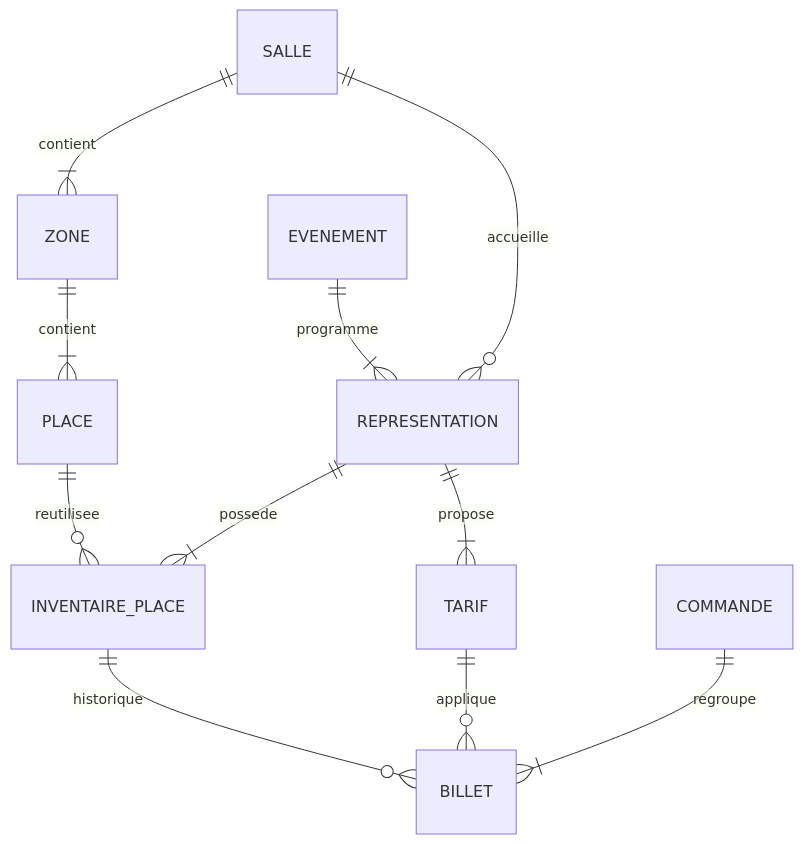
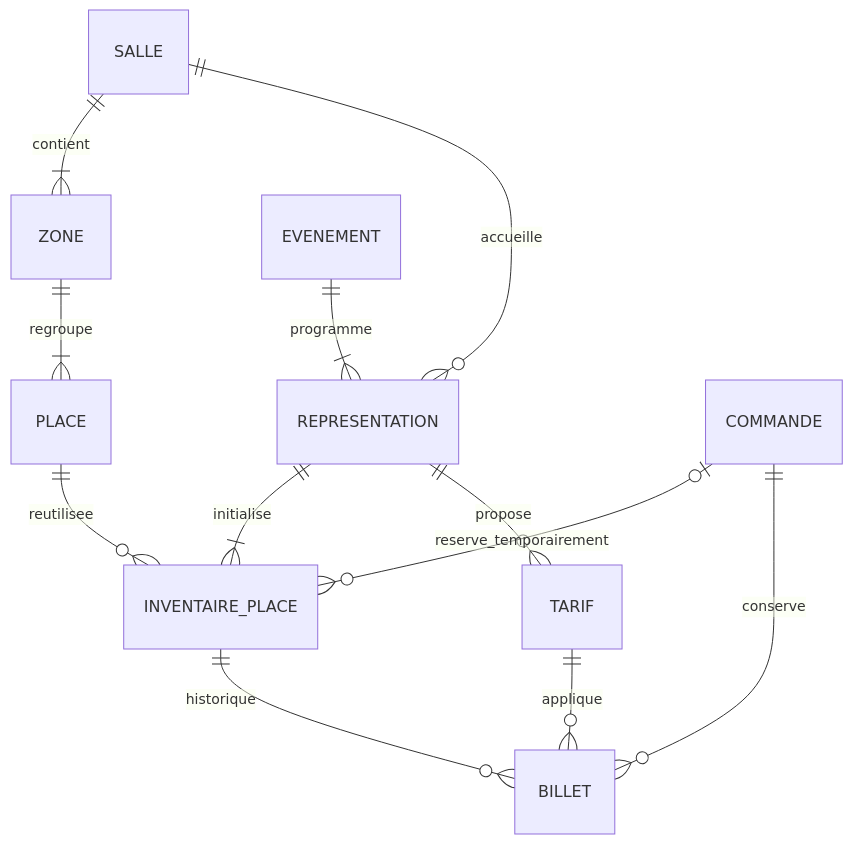
Before and after one commit to abdelhak-kadir/Billetterie-Platform: the diagram in docs/MODELE.md, drawn with Mermaid. The commit also changed other lines of this file and 1 other file, not shown here.

````diff
--- a/docs/MODELE.md
+++ b/docs/MODELE.md
@@ -5,13 +71,14 @@
 ```mermaid
 erDiagram
     SALLE ||--|{ ZONE : contient
-    ZONE ||--|{ PLACE : contient
+    ZONE ||--|{ PLACE : regroupe
     SALLE ||--o{ REPRESENTATION : accueille
     EVENEMENT ||--|{ REPRESENTATION : programme
-    REPRESENTATION ||--|{ INVENTAIRE_PLACE : possede
+    REPRESENTATION ||--|{ INVENTAIRE_PLACE : initialise
     PLACE ||--o{ INVENTAIRE_PLACE : reutilisee
-    REPRESENTATION ||--|{ TARIF : propose
-    COMMANDE ||--|{ BILLET : regroupe
+    REPRESENTATION ||--o{ TARIF : propose
+    COMMANDE o|--o{ INVENTAIRE_PLACE : reserve_temporairement
+    COMMANDE ||--o{ BILLET : conserve
     INVENTAIRE_PLACE ||--o{ BILLET : historique
     TARIF ||--o{ BILLET : applique
 ```
````
